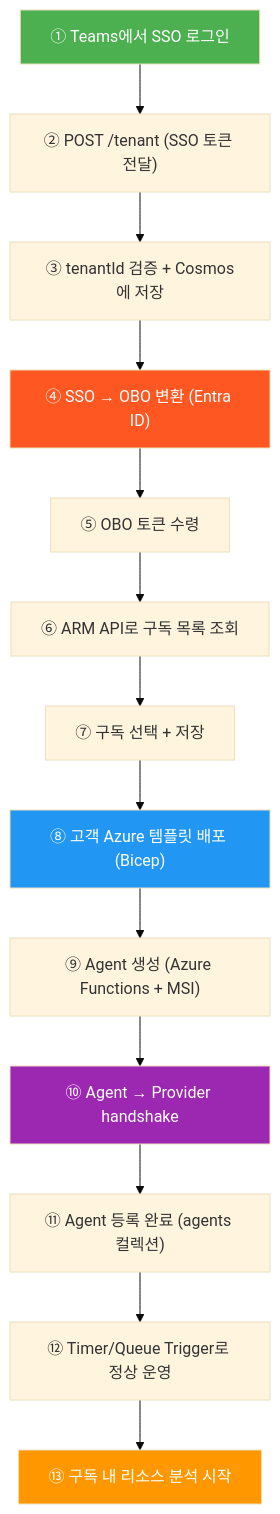
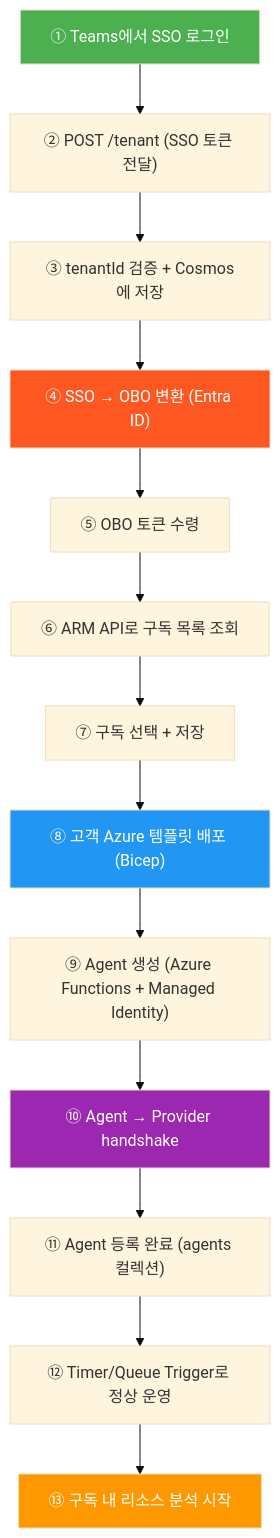
Before and after one commit to chjcmy/study: the tenth of 10 diagrams in azure/projects/whiteboard-architecture.md, drawn with Mermaid (base theme). The commit also changed other lines of this file and 2 other files, not shown here.

````diff
--- a/azure/projects/whiteboard-architecture.md
+++ b/azure/projects/whiteboard-architecture.md
@@ -340,21 +436,21 @@
 ```mermaid
 graph TD
     S1["① Teams에서 SSO 로그인"] --> S2["② POST /tenant (SSO 토큰 전달)"]
     S2 --> S3["③ tenantId 검증 + Cosmos에 저장"]
     S3 --> S4["④ SSO → OBO 변환 (Entra ID)"]
     S4 --> S5["⑤ OBO 토큰 수령"]
     S5 --> S6["⑥ ARM API로 구독 목록 조회"]
     S6 --> S7["⑦ 구독 선택 + 저장"]
     S7 --> S8["⑧ 고객 Azure 템플릿 배포 (Bicep)"]
-    S8 --> S9["⑨ Agent 생성 (Azure Functions + MSI)"]
+    S8 --> S9["⑨ Agent 생성 (Azure Functions + Managed Identity)"]
     S9 --> S10["⑩ Agent → Provider handshake"]
     S10 --> S11["⑪ Agent 등록 완료 (agents 컬렉션)"]
     S11 --> S12["⑫ Timer/Queue Trigger로 정상 운영"]
     S12 --> S13["⑬ 구독 내 리소스 분석 시작"]
 
     style S1 fill:#4CAF50,color:#fff
     style S4 fill:#FF5722,color:#fff
     style S8 fill:#2196F3,color:#fff
     style S10 fill:#9C27B0,color:#fff
     style S13 fill:#FF9800,color:#fff
 ```
````
